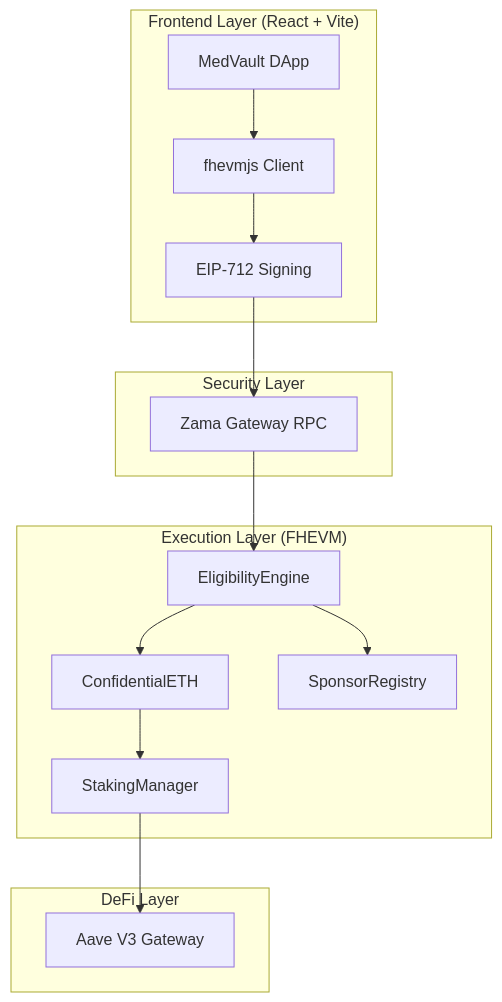
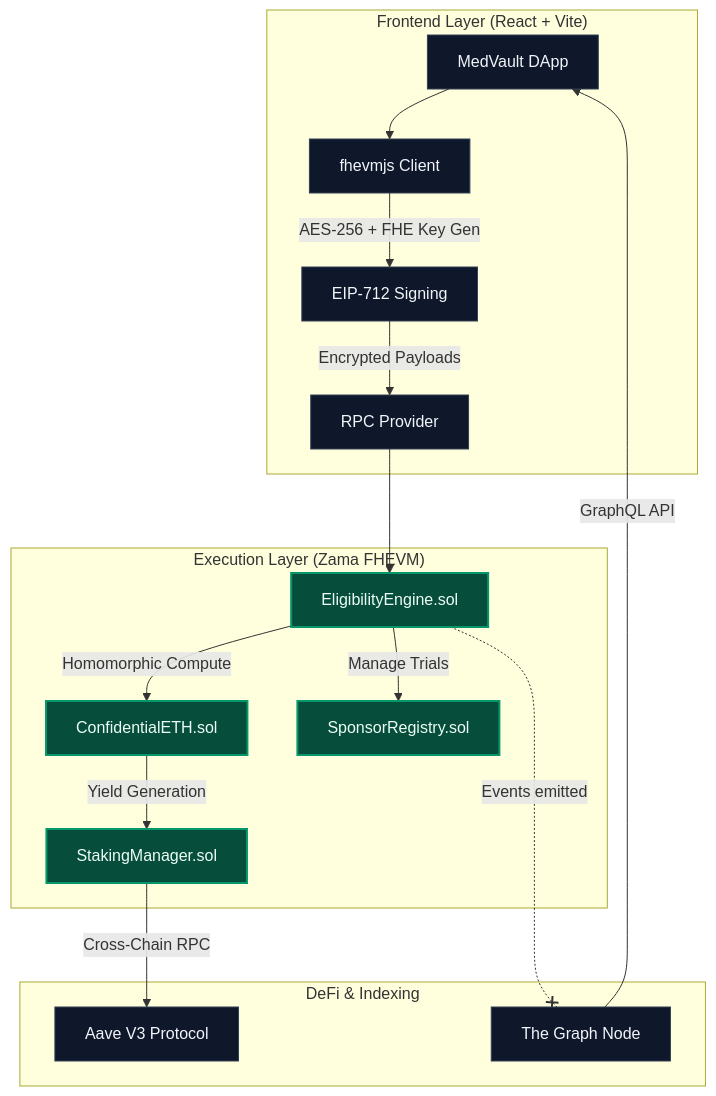
Before and after one commit to shery8595/Medical: the first of 6 diagrams in README.md, drawn with Mermaid. The commit also changed other lines of this file, not shown here.

Commit message:
docs: upgrade README with comprehensive technical diagrams and architecture details

````diff
--- a/README.md
+++ b/README.md
@@ -32,19 +21,25 @@
 ```mermaid
 graph TD
     subgraph "Frontend Layer (React + Vite)"
         A[MedVault DApp] --> B[fhevmjs Client]
-        B --> C[EIP-712 Signing]
+        B -->|AES-256 + FHE Key Gen| C[EIP-712 Signing]
+        C -->|Encrypted Payloads| D[RPC Provider]
     end
-    subgraph "Security Layer"
-        C --> D[Zama Gateway RPC]
+    
+    subgraph "Execution Layer (Zama FHEVM)"
+        D --> E[EligibilityEngine.sol]
+        E -->|Homomorphic Compute| F[ConfidentialETH.sol]
+        E -->|Manage Trials| H[SponsorRegistry.sol]
+        F -->|Yield Generation| G[StakingManager.sol]
     end
-    subgraph "Execution Layer (FHEVM)"
-        D --> E[EligibilityEngine]
-        E --> F[ConfidentialETH]
-        F --> G[StakingManager]
-        E --> H[SponsorRegistry]
+    
+    subgraph "DeFi & Indexing"
+        G -->|Cross-Chain RPC| I[Aave V3 Protocol]
+        E .-x|Events emitted| J[The Graph Node]
+        J -->|GraphQL API| A
     end
-    subgraph "DeFi Layer"
-        G --> I[Aave V3 Gateway]
-    end
+
+    classDef default fill:#0f172a,stroke:#334155,stroke-width:1px,color:#f1f5f9;
+    classDef zama fill:#064e3b,stroke:#059669,stroke-width:2px,color:#ecfdf5;
+    class E,F,G,H zama
 ```
````
